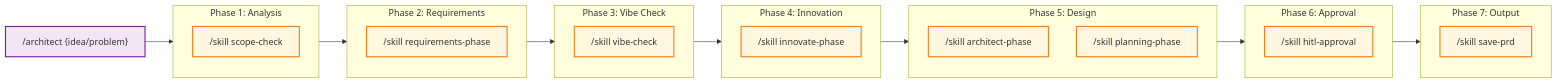
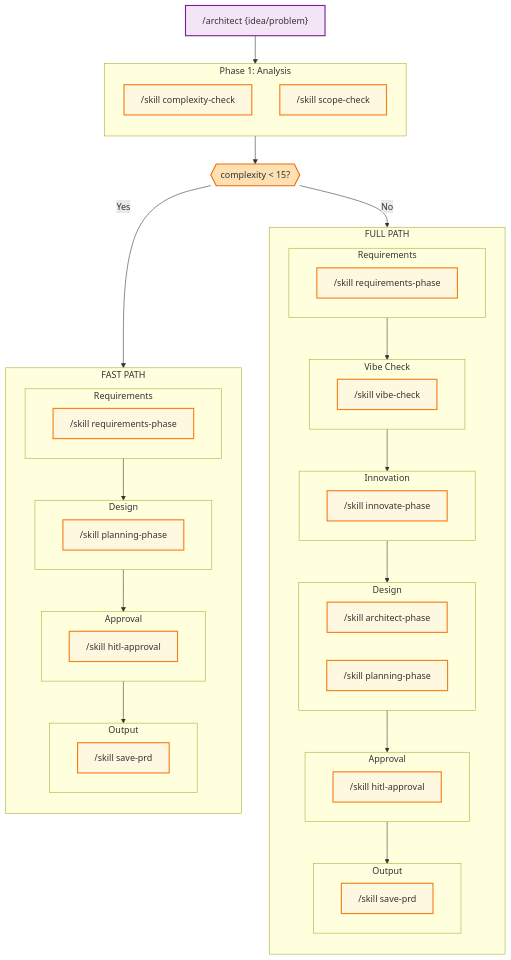
The first of 8 diagrams in docs/architect-command-target-state.md (metasaver/metasaver-marketplace), drawn with Mermaid before and after one commit. The commit also changed other lines of this file and 26 other files, not shown here.

First line of the commit message:
feat: Add new workflow steps for innovation, planning, production check, save PRD, TDD execution, template update, and vibe check

````diff
--- a/docs/architect-command-target-state.md
+++ b/docs/architect-command-target-state.md
@@ -15,47 +15,62 @@
 ```mermaid
-flowchart LR
+flowchart TB
     classDef phase fill:#bbdefb,stroke:#1565c0,stroke-width:2px
     classDef skill fill:#fff8e1,stroke:#f57f17,stroke-width:2px
     classDef entry fill:#f3e5f5,stroke:#7b1fa2,stroke-width:2px
+    classDef decision fill:#ffe0b2,stroke:#ef6c00,stroke-width:2px
 
     ENTRY["/architect {idea/problem}"]:::entry
 
     subgraph P1["Phase 1: Analysis"]
         direction TB
+        CC["/skill complexity-check"]:::skill
         SC["/skill scope-check"]:::skill
     end
 
-    subgraph P2["Phase 2: Requirements"]
+    DECIDE{{"complexity < 15?"}}:::decision
+
+    subgraph FAST["FAST PATH"]
         direction TB
-        REQ["/skill requirements-phase"]:::skill
+        subgraph P2F["Requirements"]
+            REQF["/skill requirements-phase"]:::skill
+        end
+        subgraph P5F["Design"]
+            PLANF["/skill planning-phase"]:::skill
+        end
+        subgraph P6F["Approval"]
+            HITLF["/skill hitl-approval"]:::skill
+        end
+        subgraph P7F["Output"]
+            SAVEF["/skill save-prd"]:::skill
+        end
+        P2F --> P5F --> P6F --> P7F
     end
 
-    subgraph P3["Phase 3: Vibe Check"]
+    subgraph FULL["FULL PATH"]
         direction TB
-        VC["/skill vibe-check"]:::skill
+        subgraph P2["Requirements"]
+            REQ["/skill requirements-phase"]:::skill
+        end
+        subgraph P3["Vibe Check"]
+            VC["/skill vibe-check"]:::skill
+        end
+        subgraph P4["Innovation"]
+            INN["/skill innovate-phase"]:::skill
+        end
+        subgraph P5["Design"]
+            ARCH["/skill architect-phase"]:::skill
+            PLAN["/skill planning-phase"]:::skill
+        end
+        subgraph P6["Approval"]
+            HITL["/skill hitl-approval"]:::skill
+        end
+        subgraph P7["Output"]
+            SAVE["/skill save-prd"]:::skill
+        end
+        P2 --> P3 --> P4 --> P5 --> P6 --> P7
     end
 
-    subgraph P4["Phase 4: Innovation"]
-        direction TB
-        INN["/skill innovate-phase"]:::skill
-    end
-
-    subgraph P5["Phase 5: Design"]
-        direction TB
-        ARCH["/skill architect-phase"]:::skill
-        PLAN["/skill planning-phase"]:::skill
-    end
-
-    subgraph P6["Phase 6: Approval"]
-        direction TB
-        HITL["/skill hitl-approval"]:::skill
-    end
-
-    subgraph P7["Phase 7: Output"]
-        direction TB
-        SAVE["/skill save-prd"]:::skill
-    end
-
-    ENTRY --> P1
-    P1 --> P2 --> P3 --> P4 --> P5 --> P6 --> P7
+    ENTRY --> P1 --> DECIDE
+    DECIDE -->|Yes| FAST
+    DECIDE -->|No| FULL
 ```
````
